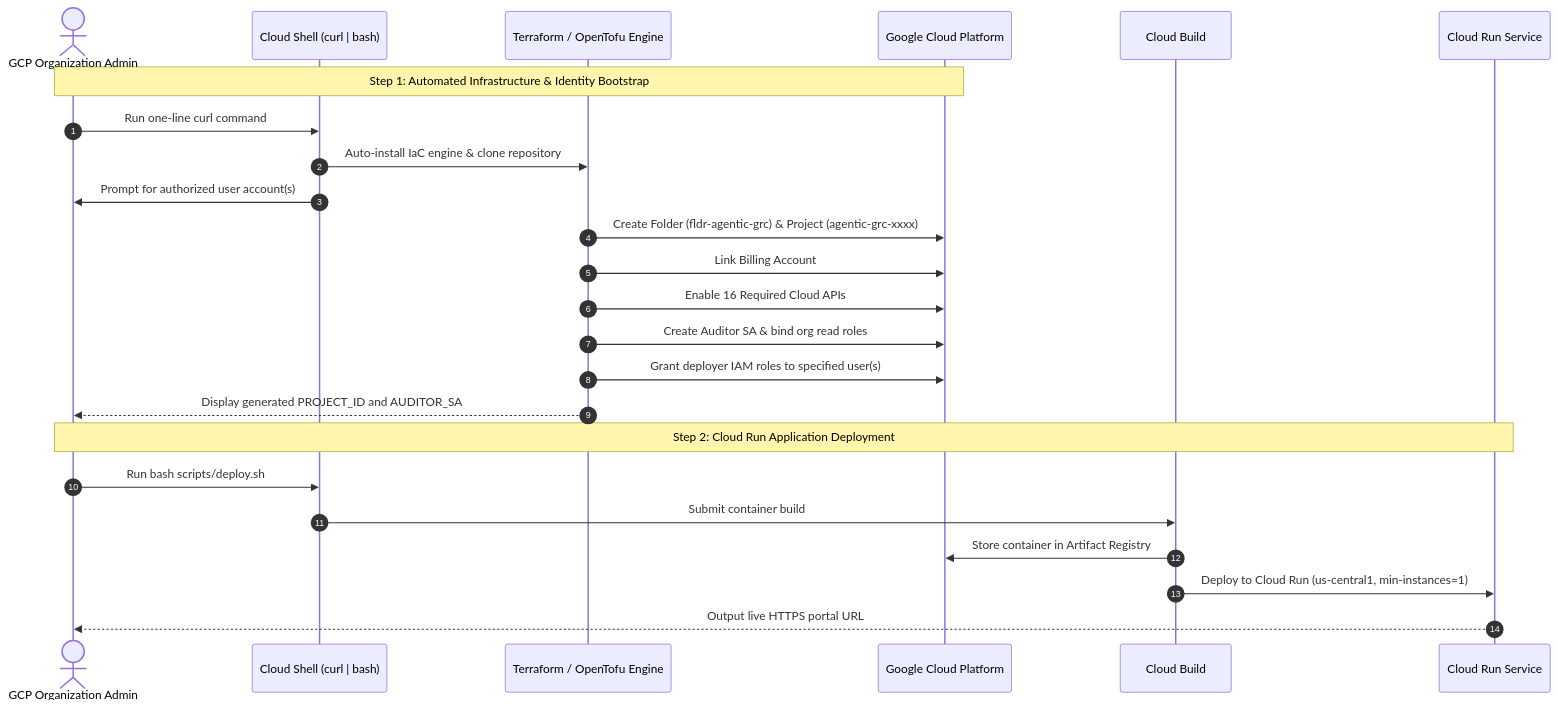
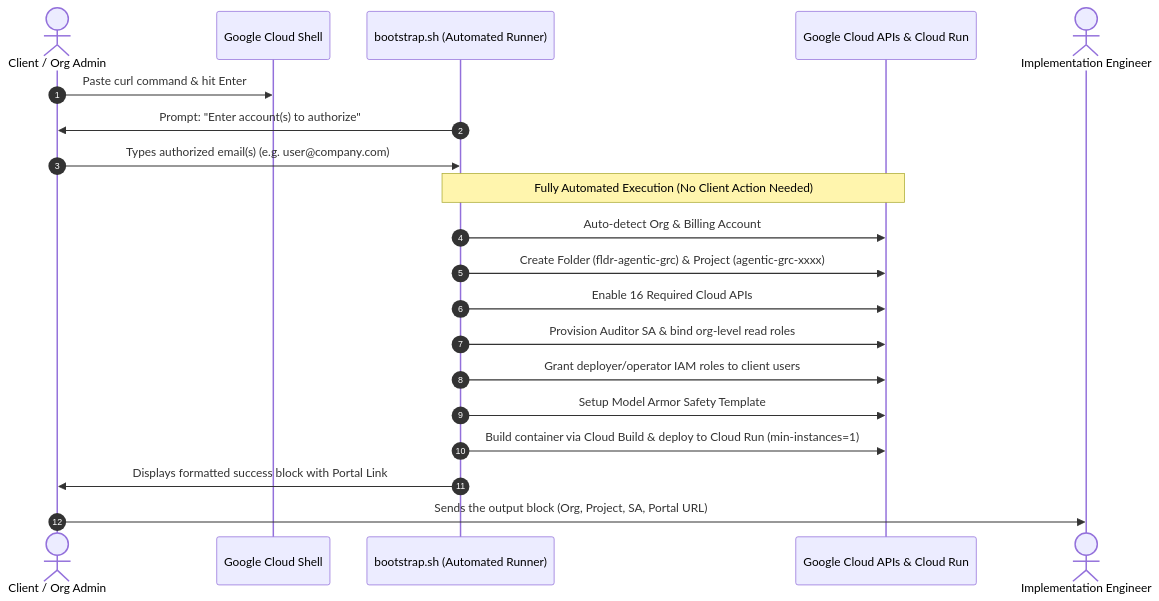
Before and after one commit to g-jsaccomani/agentic_grc_certifications: the diagram in documentation/poc/HOW_TO.md, drawn with Mermaid. The commit also changed other lines of this file and 3 other files, not shown here.

Commit message:
feat(deploy): automate zero-touch client deployment with instant error diagnostic trapping

````diff
--- a/documentation/poc/HOW_TO.md
+++ b/documentation/poc/HOW_TO.md
@@ -18,28 +22,23 @@
 ```mermaid
 sequenceDiagram
     autonumber
-    actor Admin as GCP Organization Admin
-    participant Shell as Cloud Shell (curl | bash)
-    participant TF as Terraform / OpenTofu Engine
-    participant GCP as Google Cloud Platform
-    participant Build as Cloud Build
-    participant Run as Cloud Run Service
+    actor Client as Client / Org Admin
+    participant Shell as Google Cloud Shell
+    participant Script as bootstrap.sh (Automated Runner)
+    participant GCP as Google Cloud APIs & Cloud Run
+    actor Engineer as Implementation Engineer
 
-    Note over Admin,GCP: Step 1: Automated Infrastructure & Identity Bootstrap
-    Admin->>Shell: Run one-line curl command
-    Shell->>TF: Auto-install IaC engine & clone repository
-    Shell->>Admin: Prompt for authorized user account(s)
-    TF->>GCP: Create Folder (fldr-agentic-grc) & Project (agentic-grc-xxxx)
-    TF->>GCP: Link Billing Account
-    TF->>GCP: Enable 16 Required Cloud APIs
-    TF->>GCP: Create Auditor SA & bind org read roles
-    TF->>GCP: Grant deployer IAM roles to specified user(s)
-    TF-->>Admin: Display generated PROJECT_ID and AUDITOR_SA
-
-    Note over Admin,Run: Step 2: Cloud Run Application Deployment
-    Admin->>Shell: Run bash scripts/deploy.sh
-    Shell->>Build: Submit container build
-    Build->>GCP: Store container in Artifact Registry
-    Build->>Run: Deploy to Cloud Run (us-central1, min-instances=1)
-    Run-->>Admin: Output live HTTPS portal URL
+    Client->>Shell: Paste curl command & hit Enter
+    Script->>Client: Prompt: "Enter account(s) to authorize"
+    Client->>Script: Types authorized email(s) (e.g. user@company.com)
+    Note over Script,GCP: Fully Automated Execution (No Client Action Needed)
+    Script->>GCP: Auto-detect Org & Billing Account
+    Script->>GCP: Create Folder (fldr-agentic-grc) & Project (agentic-grc-xxxx)
+    Script->>GCP: Enable 16 Required Cloud APIs
+    Script->>GCP: Provision Auditor SA & bind org-level read roles
+    Script->>GCP: Grant deployer/operator IAM roles to client users
+    Script->>GCP: Setup Model Armor Safety Template
+    Script->>GCP: Build container via Cloud Build & deploy to Cloud Run (min-instances=1)
+    Script->>Client: Displays formatted success block with Portal Link
+    Client->>Engineer: Sends the output block (Org, Project, SA, Portal URL)
 ```
````
